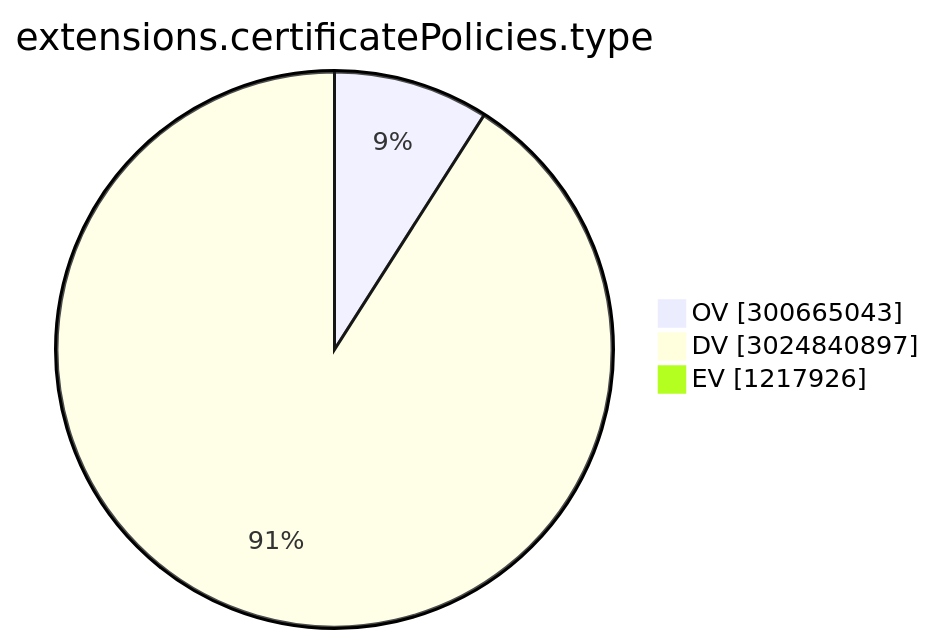
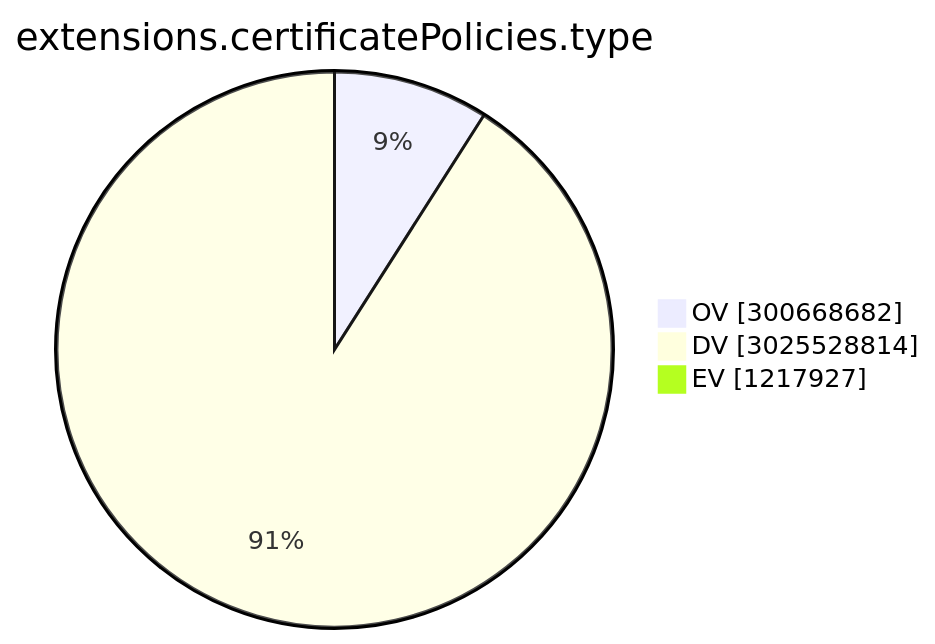
One commit to christiankrug/ctmonitor_visualization changed the ninth of 15 diagrams in TOTAL/README.md. Above: the diagram before and after it, drawn with Mermaid. The commit also changed other lines of this file, not shown here.

````diff
--- a/TOTAL/README.md
+++ b/TOTAL/README.md
@@ -3102,7 +3102,7 @@
 ```mermaid
 pie showData
 title extensions.certificatePolicies.type
-"OV" :300665043
-"DV" :3024840897
-"EV" :1217926
+"OV" :300668682
+"DV" :3025528814
+"EV" :1217927
 ```
````
